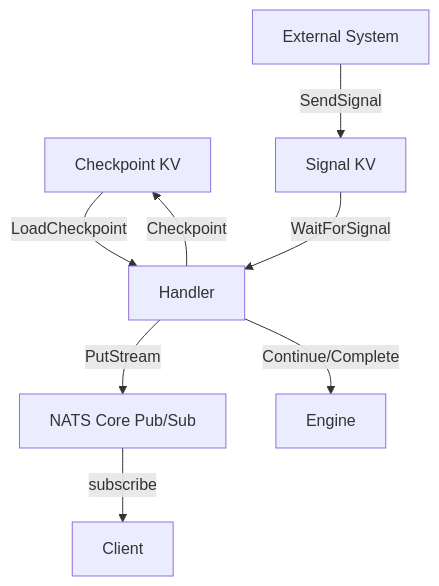
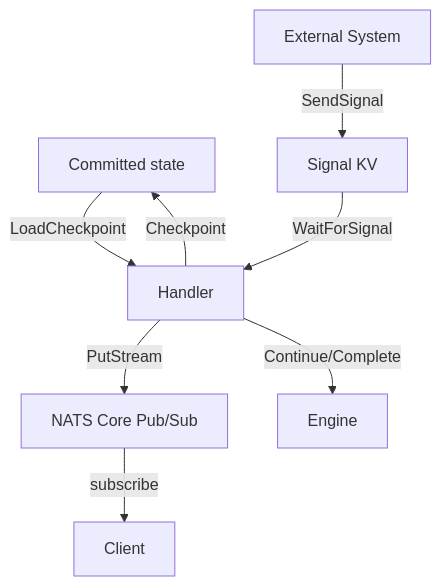
One commit to danmestas/dagnats changed the diagram in docs/site/content/docs/ai-patterns/context-management.md. Above: the diagram before and after it, drawn with Mermaid. The commit also changed other lines of this file and 18 other files, not shown here.

````diff
--- a/docs/site/content/docs/ai-patterns/context-management.md
+++ b/docs/site/content/docs/ai-patterns/context-management.md
@@ -131,10 +131,10 @@
 ```mermaid
 graph TD
-    CP[Checkpoint KV] -->|LoadCheckpoint| H[Handler]
+    CP[Committed state] -->|LoadCheckpoint| H[Handler]
     H -->|Checkpoint| CP
     H -->|PutStream| S[NATS Core Pub/Sub]
     S -->|subscribe| C[Client]
     SIG[Signal KV] -->|WaitForSignal| H
     EXT[External System] -->|SendSignal| SIG
     H -->|Continue/Complete| E[Engine]
 ```
````
